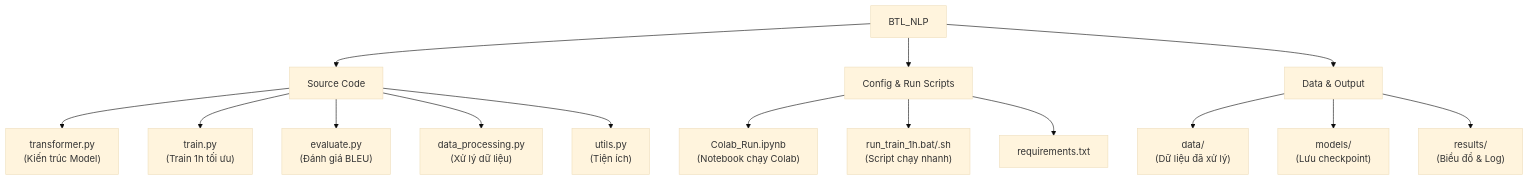
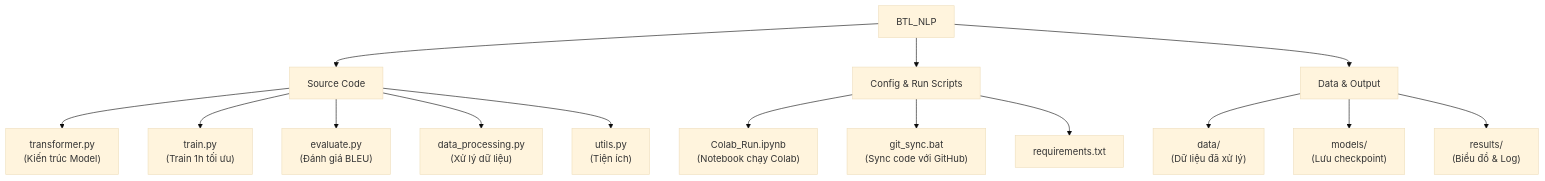
Before and after one commit to nmd29io/BTL_NLP: the diagram in README.md, drawn with Mermaid (base theme).

Commit message:
Auto sync from local

````diff
--- a/README.md
+++ b/README.md
@@ -27,20 +27,20 @@
 ```mermaid
 graph TD
     A["BTL_NLP"] --> B["Source Code"]
     A --> C["Config & Run Scripts"]
     A --> D["Data & Output"]
 
     B --> B1["transformer.py<br/>(Kiến trúc Model)"]
     B --> B2["train.py<br/>(Train 1h tối ưu)"]
     B --> B3["evaluate.py<br/>(Đánh giá BLEU)"]
     B --> B4["data_processing.py<br/>(Xử lý dữ liệu)"]
     B --> B5["utils.py<br/>(Tiện ích)"]
 
     C --> C1["Colab_Run.ipynb<br/>(Notebook chạy Colab)"]
-    C --> C2["run_train_1h.bat/.sh<br/>(Script chạy nhanh)"]
+    C --> C2["git_sync.bat<br/>(Sync code với GitHub)"]
     C --> C3["requirements.txt"]
 
     D --> D1["data/<br/>(Dữ liệu đã xử lý)"]
     D --> D2["models/<br/>(Lưu checkpoint)"]
     D --> D3["results/<br/>(Biểu đồ & Log)"]
 ```
````
